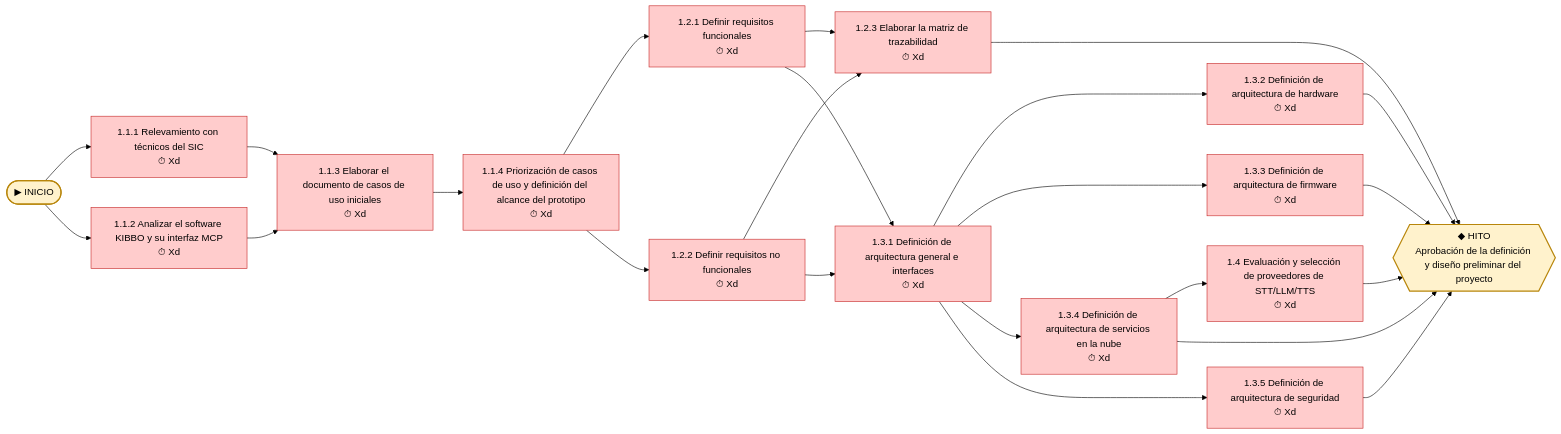
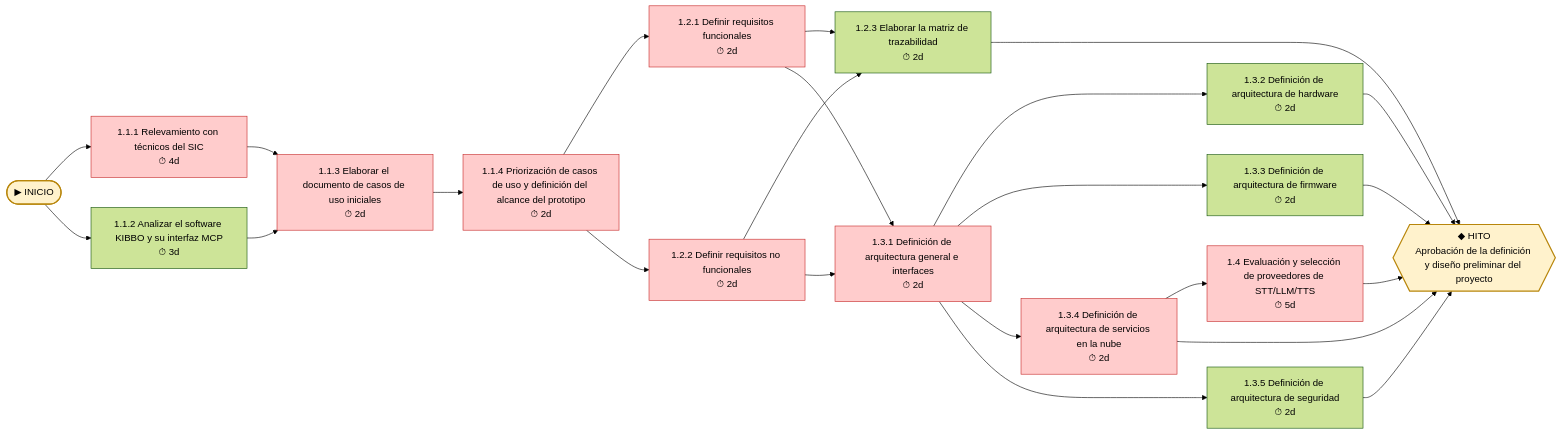
One commit to joaquinmachado11/plan-proyecto-gp-uner changed the first of 4 diagrams in docs/02-wbs-estimaciones/red-de-tareas.md. Above: the diagram before and after it, drawn with Mermaid (forest theme). The commit also changed other lines of this file, not shown here.

````diff
--- a/docs/02-wbs-estimaciones/red-de-tareas.md
+++ b/docs/02-wbs-estimaciones/red-de-tareas.md
@@ -8,59 +8,65 @@
 ```mermaid
 flowchart LR
     START(["▶ INICIO"])
-
-    T111["1.1.1 Relevamiento con técnicos del SIC\n⏱ Xd"]
-    T112["1.1.2 Analizar el software KIBBO y su interfaz MCP\n⏱ Xd"]
-    T113["1.1.3 Elaborar el documento de casos de uso iniciales\n⏱ Xd"]
-    T114["1.1.4 Priorización de casos de uso y definición del alcance del prototipo\n⏱ Xd"]
-
-    T121["1.2.1 Definir requisitos funcionales\n⏱ Xd"]
-    T122["1.2.2 Definir requisitos no funcionales\n⏱ Xd"]
-    T123["1.2.3 Elaborar la matriz de trazabilidad\n⏱ Xd"]
-
-    T131["1.3.1 Definición de arquitectura general e interfaces\n⏱ Xd"]
-    T132["1.3.2 Definición de arquitectura de hardware\n⏱ Xd"]
-    T133["1.3.3 Definición de arquitectura de firmware\n⏱ Xd"]
-    T134["1.3.4 Definición de arquitectura de servicios en la nube\n⏱ Xd"]
-    T135["1.3.5 Definición de arquitectura de seguridad\n⏱ Xd"]
-
-    T14["1.4 Evaluación y selección de proveedores de STT/LLM/TTS\n⏱ Xd"]
-
+ 
+    T111["1.1.1 Relevamiento con técnicos del SIC\n⏱ 4d"]
+    T112["1.1.2 Analizar el software KIBBO y su interfaz MCP\n⏱ 3d"]
+    T113["1.1.3 Elaborar el documento de casos de uso iniciales\n⏱ 2d"]
+    T114["1.1.4 Priorización de casos de uso y definición del alcance del prototipo\n⏱ 2d"]
+ 
+    T121["1.2.1 Definir requisitos funcionales\n⏱ 2d"]
+    T122["1.2.2 Definir requisitos no funcionales\n⏱ 2d"]
+    T123["1.2.3 Elaborar la matriz de trazabilidad\n⏱ 2d"]
+ 
+    T131["1.3.1 Definición de arquitectura general e interfaces\n⏱ 2d"]
+    T132["1.3.2 Definición de arquitectura de hardware\n⏱ 2d"]
+    T133["1.3.3 Definición de arquitectura de firmware\n⏱ 2d"]
+    T134["1.3.4 Definición de arquitectura de servicios en la nube\n⏱ 2d"]
+    T135["1.3.5 Definición de arquitectura de seguridad\n⏱ 2d"]
+ 
+    T14["1.4 Evaluación y selección de proveedores de STT/LLM/TTS\n⏱ 5d"]
+ 
     H1{{"◆ HITO\nAprobación de la definición y diseño preliminar del proyecto"}}
-
+ 
     START --> T111
     START --> T112
-
+ 
     T111 --> T113
     T112 --> T113
     T113 --> T114
-
+ 
     T114 --> T121
     T114 --> T122
-
+ 
     T121 --> T123
     T122 --> T123
-
+ 
     T121 --> T131
     T122 --> T131
-
+ 
     T131 --> T132
     T131 --> T133
     T131 --> T134
     T131 --> T135
-
+ 
     T134 --> T14
-
+ 
     T123 --> H1
     T132 --> H1
     T133 --> H1
     T134 --> H1
     T135 --> H1
     T14 --> H1
-
-    classDef tarea fill:#FFCCCC,stroke:#C62828,color:#000000
+ 
     classDef hito fill:#FFF2CC,stroke:#B8860B,stroke-width:2px,color:#000000
     class START,H1 hito
-    class T111,T112,T113,T114,T121,T122,T123,T131,T132,T133,T134,T135,T14 tarea
-
+ 
+    style T111 fill:#FFCCCC,stroke:#C62828
+    style T113 fill:#FFCCCC,stroke:#C62828
+    style T114 fill:#FFCCCC,stroke:#C62828
+    style T121 fill:#FFCCCC,stroke:#C62828
+    style T122 fill:#FFCCCC,stroke:#C62828
+    style T131 fill:#FFCCCC,stroke:#C62828
+    style T134 fill:#FFCCCC,stroke:#C62828
+    style T14 fill:#FFCCCC,stroke:#C62828
 ```
````
